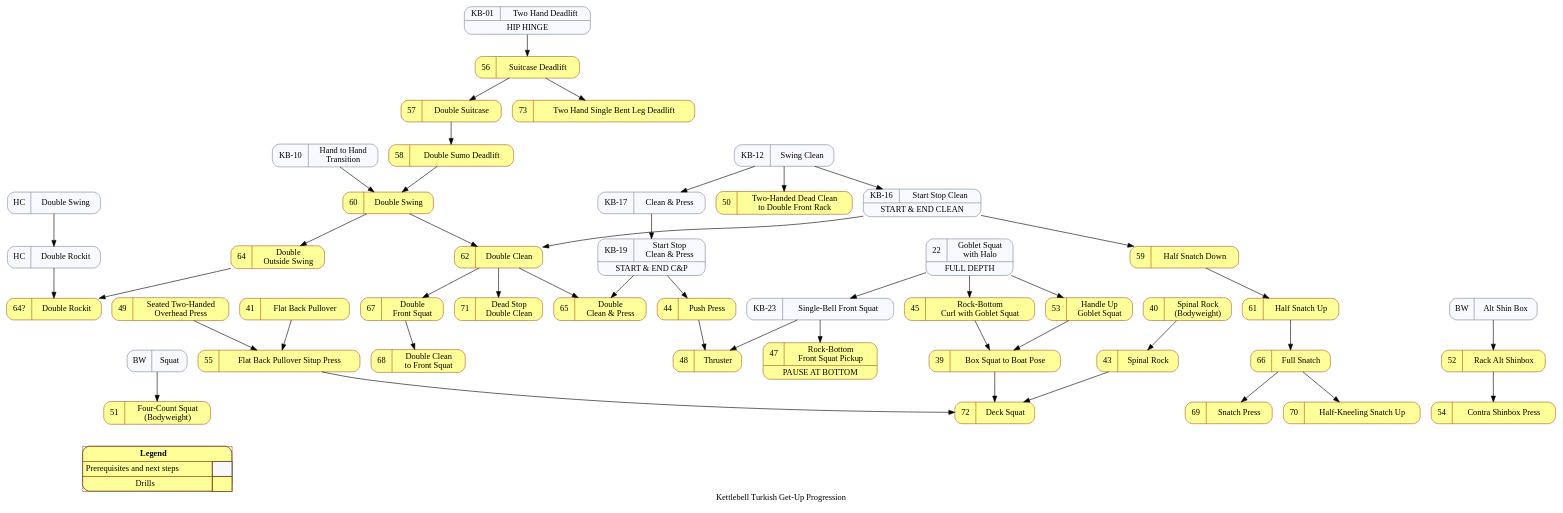
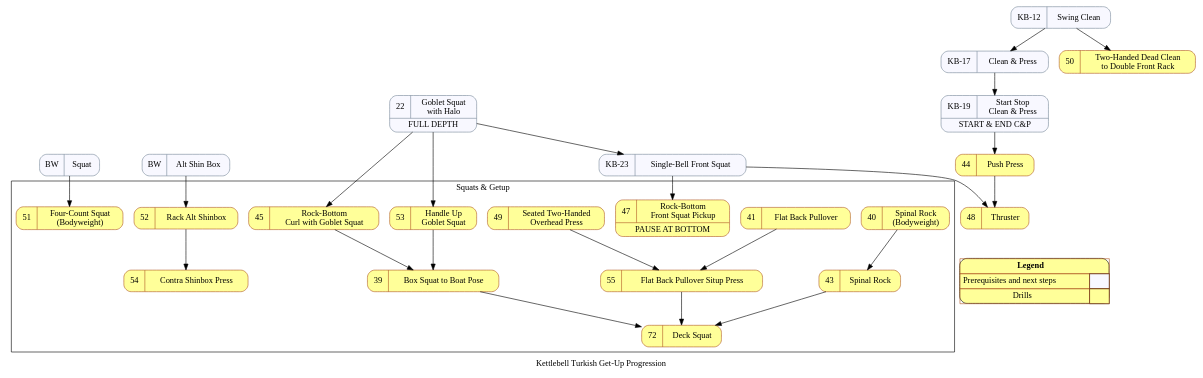
The diagram in kb_progression_3.gv (dznz/wildman-skill-trees), drawn with Graphviz before and after one commit. The commit also changed 4 other files, not shown here.

```diff
--- a/kb_progression_3.gv
+++ b/kb_progression_3.gv
@@ -1,150 +1,99 @@
 digraph kb_progression {
   // Kettlebell Turkish Get-Up Progression Diagram © 2023
   // by dznz using knowledge from Mark Wildman is licensed
   // under CC BY-NC-SA 4.0 
   // http://creativecommons.org/licenses/by-nc-sa/4.0/
   label="Kettlebell Turkish Get-Up Progression"
   node [colorscheme="paired12"]
   node [shape=record]
   node [style="rounded,filled"]
   node [color=12, fillcolor=11]
 
   subgraph pre {
     node [color=lightslategrey, fillcolor=ghostwhite]
     ext_bw_squat       [label="{{BW|Squat}}"]
-    ext_hc_dblswing    [label="{{HC|Double Swing}}"]
-    ext_hc_dblrockit   [label="{{HC|Double Rockit}}"]
     ext_bw_altshinbox  [label="{{BW|Alt Shin Box}}"]
-    mov_deadlift       [label="{{KB-01|Two Hand Deadlift}|HIP HINGE}"               URL="https://www.youtube.com/watch?v=x0XkmM34BPI&list=PLk4oYPJ7TXKhX8YqA2AVrfgs_pEF6p7KA&index=1"];
-    mov_h2h            [label="{{KB-10|Hand to Hand\nTransition}}"                  URL="https://www.youtube.com/watch?v=0Uk0Rdm3QFs&list=PLk4oYPJ7TXKhX8YqA2AVrfgs_pEF6p7KA&index=10"]
     mov_clean          [label="KB-12|Swing Clean"                                   URL="https://www.youtube.com/watch?v=_nIsSXWs5iU&list=PLk4oYPJ7TXKhX8YqA2AVrfgs_pEF6p7KA&index=12"]
-    mov_startstopclean [label="{{KB-16|Start Stop Clean}|START & END CLEAN}"        URL="https://www.youtube.com/watch?v=XbK3jxI0WNQ&list=PLk4oYPJ7TXKhX8YqA2AVrfgs_pEF6p7KA&index=16"]
     mov_cap            [label="KB-17|Clean & Press"                                 URL="https://www.youtube.com/watch?v=SSxB3m5qRas&list=PLk4oYPJ7TXKhX8YqA2AVrfgs_pEF6p7KA&index=17"]
     mov_startstopcap   [label="{{KB-19|Start Stop\nClean & Press}|START & END C&P}" URL="https://www.youtube.com/watch?v=dSj3kqbuois&list=PLk4oYPJ7TXKhX8YqA2AVrfgs_pEF6p7KA&index=19"]
     mov_gobsquathalo   [label="{{22|Goblet Squat\nwith Halo}|FULL DEPTH}"           URL="https://www.youtube.com/watch?v=cnZ8Mx8NQPE&list=PLk4oYPJ7TXKhX8YqA2AVrfgs_pEF6p7KA&index=22"]
     mov_racksquat      [label="{{KB-23|Single-Bell Front Squat}}"                   URL="https://www.youtube.com/watch?v=KTDVl0Lkdc4&list=PLk4oYPJ7TXKhX8YqA2AVrfgs_pEF6p7KA&index=23"]
   }
 
   mov_boxsquat2boat      [label="{{39|Box Squat to Boat Pose}}"              URL="https://www.youtube.com/watch?v=KTDVl0Lkdc4&list=PLk4oYPJ7TXKhX8YqA2AVrfgs_pEF6p7KA&index=41"]
   mov_bwspinalrock       [label="{{40|Spinal Rock\n(Bodyweight)}}"           URL="https://www.youtube.com/watch?v=KTDVl0Lkdc4&list=PLk4oYPJ7TXKhX8YqA2AVrfgs_pEF6p7KA&index=42"]
   mov_flatbackpullover   [label="{{41|Flat Back Pullover}}"                  URL="https://www.youtube.com/watch?v=KTDVl0Lkdc4&list=PLk4oYPJ7TXKhX8YqA2AVrfgs_pEF6p7KA&index=43"]
   // 42 in TGU diagram
   mov_spinalrock         [label="{{43|Spinal Rock}}"                         URL="https://www.youtube.com/watch?v=KTDVl0Lkdc4&list=PLk4oYPJ7TXKhX8YqA2AVrfgs_pEF6p7KA&index=48"]
   mov_pushpress          [label="{{44|Push Press}}"                          URL="https://www.youtube.com/watch?v=KTDVl0Lkdc4&list=PLk4oYPJ7TXKhX8YqA2AVrfgs_pEF6p7KA&index=49"]
   mov_gobsquatcurl       [label="{{45|Rock-Bottom\nCurl with Goblet Squat}}" URL="https://www.youtube.com/watch?v=KTDVl0Lkdc4&list=PLk4oYPJ7TXKhX8YqA2AVrfgs_pEF6p7KA&index=50"]
   // Missing 46
   mov_racksquatpickup    [label="{{47|Rock-Bottom\nFront Squat Pickup}|PAUSE AT BOTTOM}" URL="https://www.youtube.com/watch?v=KTDVl0Lkdc4&list=PLk4oYPJ7TXKhX8YqA2AVrfgs_pEF6p7KA&index=52"]
   mov_thruster           [label="{{48|Thruster}}"                                        URL="https://www.youtube.com/watch?v=KTDVl0Lkdc4&list=PLk4oYPJ7TXKhX8YqA2AVrfgs_pEF6p7KA&index=48"]
   mov_seatedpress        [label="{{49|Seated Two-Handed\nOverhead Press}}"               URL="https://www.youtube.com/watch?v=KTDVl0Lkdc4&list=PLk4oYPJ7TXKhX8YqA2AVrfgs_pEF6p7KA&index=54"]
   mov_2hdeadclean2rack   [label="{{50|Two-Handed Dead Clean\nto Double Front Rack}}"     URL="https://www.youtube.com/watch?v=acqKxfMGAbk&list=PLk4oYPJ7TXKhX8YqA2AVrfgs_pEF6p7KA&index=55"]
   mov_fourcountsquat     [label="{{51|Four-Count Squat\n(Bodyweight)}}"                  URL="https://www.youtube.com/watch?v=1rkGfL1EdWI"]
   mov_rackaltshinbox     [label="{{52|Rack Alt Shinbox}}"                                URL="https://www.youtube.com/watch?v=AoEYX36Q2Zg"]
   mov_hornygobsquat      [label="{{53|Handle Up\nGoblet Squat}}"                         URL="https://www.youtube.com/watch?v=i2AtDi4yZSA"]
   mov_shinboxpress       [label="{{54|Contra Shinbox Press}}"                            URL="https://www.youtube.com/watch?v=FEbi2lKVEHU"]
   mov_backpullsituppress [label="{{55|Flat Back Pullover Situp Press}}"                  URL="https://www.youtube.com/watch?v=KTDVl0Lkdc4&list=PLk4oYPJ7TXKhX8YqA2AVrfgs_pEF6p7KA&index=57"]
-  mov_suitcasedl         [label="{{56|Suitcase Deadlift}}"                               URL="https://www.youtube.com/watch?v=d6i6MwVOmk0&list=PLk4oYPJ7TXKhX8YqA2AVrfgs_pEF6p7KA&index=58"];
-  mov_dblsuitcase        [label="{{57|Double Suitcase}}"                                 URL="https://www.youtube.com/watch?v=4PSOSrDcGfc&list=PLk4oYPJ7TXKhX8YqA2AVrfgs_pEF6p7KA&index=59"];
-  mov_dblsumodl          [label="{{58|Double Sumo Deadlift}}"                            URL="https://www.youtube.com/watch?v=gdutIla6nMw"];
-  mov_halfsnatchdown     [label="{{59|Half Snatch Down}}"                                URL="https://www.youtube.com/watch?v=u2NbMtX_Rb0&list=PLk4oYPJ7TXKhX8YqA2AVrfgs_pEF6p7KA&index=60"];
-  mov_dblswing           [label="{{60|Double Swing}}"                                    URL="https://www.youtube.com/watch?v=P5IFTJySA_s&list=PLk4oYPJ7TXKhX8YqA2AVrfgs_pEF6p7KA&index=61"];
-  mov_halfsnatchup       [label="{{61|Half Snatch Up}}"                                  URL="https://www.youtube.com/watch?v=3HEmUyLYjjc"];
-  mov_dblclean           [label="{{62|Double Clean}}"                                    URL="https://www.youtube.com/watch?v=Qe9ejhAtdGY&list=PLk4oYPJ7TXKhX8YqA2AVrfgs_pEF6p7KA&index=62"];
-  //63?
-  mov_dbloutswing        [label="{{64|Double\nOutside Swing}}"             URL="https://www.youtube.com/watch?v=yr_fRgGevsE"];
-  mov_dblrockit          [label="{{64?|Double Rockit}}"                    URL="https://www.youtube.com/watch?v=zXB6hFrrBkA&list=PLk4oYPJ7TXKhX8YqA2AVrfgs_pEF6p7KA&index=63"];
-  mov_dblcap             [label="{{65|Double\nClean & Press}}"             URL="https://www.youtube.com/watch?v=RizGV8ef--s"];
-  mov_snatch             [label="{{66|Full Snatch}}"                       URL="https://www.youtube.com/watch?v=f-zkPiAlpQw&list=PLk4oYPJ7TXKhX8YqA2AVrfgs_pEF6p7KA&index=65"];
-  mov_dblsquat           [label="{{67|Double\nFront Squat}}"               URL="https://www.youtube.com/watch?v=dX5yXJa5Dm0&list=PLk4oYPJ7TXKhX8YqA2AVrfgs_pEF6p7KA&index=66"];
-  mov_dblclean2squat     [label="{{68|Double Clean\nto Front Squat}}"      URL="https://www.youtube.com/watch?v=R3s6Wb_ApHM"];
-  mov_snatchpress        [label="{{69|Snatch Press}}"                      URL="https://www.youtube.com/watch?v=IzFPa_Q1yHM&list=PLk4oYPJ7TXKhX8YqA2AVrfgs_pEF6p7KA&index=67"];
-  mov_kneelsnatchup      [label="{{70|Half-Kneeling Snatch Up}}"           URL="https://www.youtube.com/watch?v=1_UrK5SopL4"];
-  mov_deaddblclean       [label="{{71|Dead Stop\nDouble Clean}}"           URL="https://www.youtube.com/watch?v=22bKQqMqAQY"];
+  
   mov_deck               [label="{{72|Deck Squat}}"                        URL="https://www.youtube.com/watch?v=vUJ3sZVwZ4Y"];
-  mov_2hsbldl            [label="{{73|Two Hand Single Bent Leg Deadlift}}" URL="https://www.youtube.com/watch?v=-RD1qqe7P8M"];
+  
 
   // Precursor dependencies
   ext_bw_squat -> mov_fourcountsquat
   ext_bw_altshinbox -> mov_rackaltshinbox;
-  ext_hc_dblswing -> ext_hc_dblrockit;
-  ext_hc_dblrockit -> mov_dblrockit;
-  mov_h2h -> mov_dblswing;
   mov_gobsquathalo -> mov_racksquat;
-  mov_clean -> mov_startstopclean;
   mov_clean -> mov_2hdeadclean2rack;
   mov_clean -> mov_cap;
   mov_cap -> mov_startstopcap;
   mov_startstopcap -> mov_pushpress;
   mov_gobsquatcurl -> mov_boxsquat2boat;
   mov_hornygobsquat -> mov_boxsquat2boat;
   mov_gobsquathalo -> mov_gobsquatcurl;
   mov_gobsquathalo -> mov_hornygobsquat;
   mov_racksquat -> mov_racksquatpickup;
   mov_racksquat -> mov_thruster;
-  mov_startstopclean -> mov_dblclean;
-  mov_startstopclean -> mov_halfsnatchdown;
-  mov_startstopcap -> mov_dblcap;
-  mov_deadlift -> mov_suitcasedl;
 
 
   // Ungrouped drills
   mov_pushpress -> mov_thruster;
   mov_backpullsituppress -> mov_deck;
-  mov_suitcasedl -> mov_dblsuitcase;
-  mov_suitcasedl -> mov_2hsbldl;
 
-  subgraph custer_double {
-    label="Doubles"
-    mov_dbloutswing -> mov_dblrockit
-    mov_dblsuitcase -> mov_dblsumodl;
-    mov_dblswing -> mov_dblclean;
-    mov_dblclean -> mov_dblcap;
-    mov_dblclean -> mov_dblsquat;
-    mov_dblsquat -> mov_dblclean2squat;
-    mov_dblclean -> mov_deaddblclean;
-    mov_dblsumodl -> mov_dblswing;
-    mov_dblswing -> mov_dbloutswing;
-  }
-
-  subgraph custer_snatch {
-    label="Snatch"
-    mov_halfsnatchdown -> mov_halfsnatchup -> mov_snatch;
-    mov_snatch -> mov_snatchpress;
-    mov_snatch -> mov_kneelsnatchup;
-  }
-
-  subgraph custer_squat {
+  subgraph cluster_squat {
     label="Squats & Getup"
 
     // Getups
     mov_rackaltshinbox -> mov_shinboxpress
     mov_flatbackpullover -> mov_backpullsituppress;
     mov_seatedpress -> mov_backpullsituppress;
 
     // Squats
     mov_boxsquat2boat -> mov_deck;
     mov_bwspinalrock -> mov_spinalrock;
     mov_spinalrock -> mov_deck;
     mov_gobsquatcurl
     mov_racksquatpickup
     mov_fourcountsquat
     mov_hornygobsquat
   }
 
   { rank = sink;
     Legend [shape=none, margin=0, label=<
     <TABLE BORDER="0" CELLBORDER="1" CELLSPACING="0" CELLPADDING="4">
      <TR>
       <TD COLSPAN="2"><B>Legend</B></TD>
      </TR>
      <TR>
       <TD>Prerequisites and next steps</TD>
       <TD BGCOLOR="ghostwhite">&nbsp;&nbsp;&nbsp;&nbsp;&nbsp;</TD>
      </TR>
      <TR>
       <TD>Drills</TD>
       <TD BGCOLOR="11"></TD>
      </TR>
     </TABLE>
    >];
   }
 }
```
